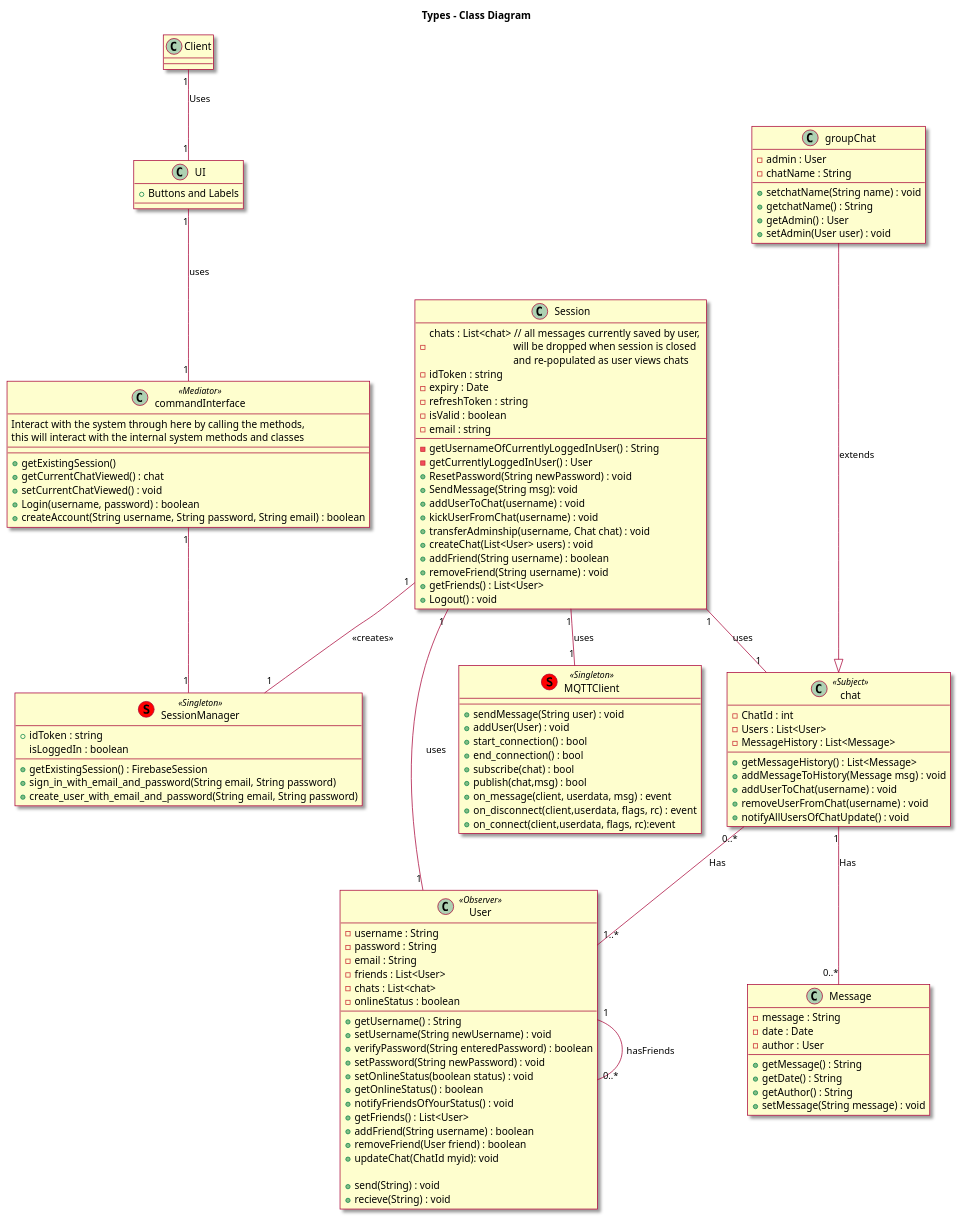
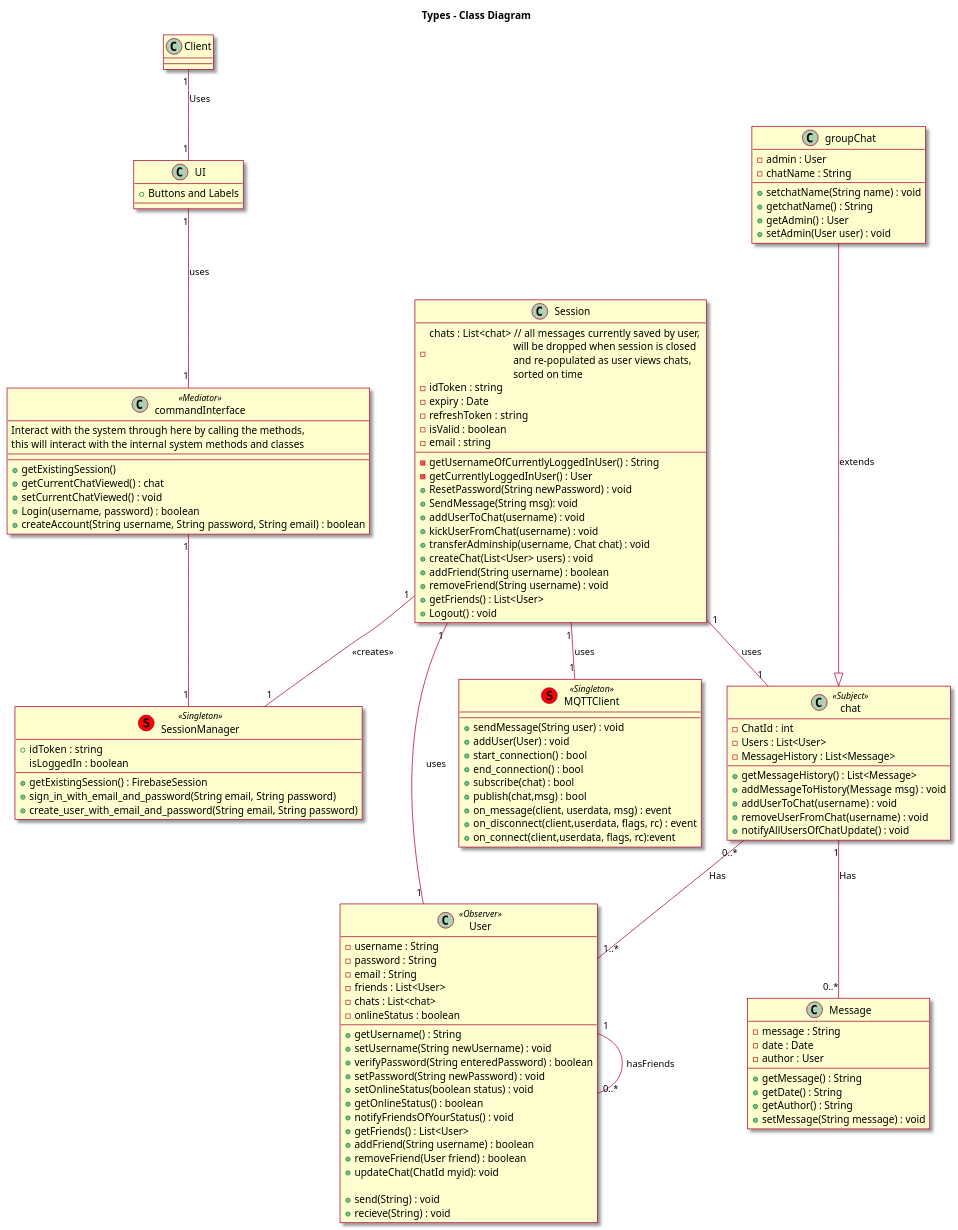
The diagram in diagrams/class_diagram.wsd (UBCO-COSC-310-Winter-2022-T2/the-project-marbl), drawn with PlantUML before and after one commit.

Commit message:
going to try to keep the chats sorted by timestamp to resolve issue when you can recieve a new  message while downloading all the old messsages

```diff
--- a/diagrams/class_diagram.wsd
+++ b/diagrams/class_diagram.wsd
@@ -1,140 +1,140 @@
 @startuml
 
 skin rose
 
 title Types - Class Diagram
 
 
 skinparam componentStyle uml2
 class Client{}
 Client "1"--"1" UI: Uses
 
 class Message{
     - message : String
     - date : Date
     - author : User
     +getMessage() : String
     +getDate() : String
     +getAuthor() : String
     +setMessage(String message) : void
 }
 
 class User <<Observer>> {
     -username : String
     -password : String
     -email : String
     -friends : List<User>
     -chats : List<chat>
     -onlineStatus : boolean
 
     +getUsername() : String
     +setUsername(String newUsername) : void
     +verifyPassword(String enteredPassword) : boolean
     +setPassword(String newPassword) : void
     +setOnlineStatus(boolean status) : void
     +getOnlineStatus() : boolean
     +notifyFriendsOfYourStatus() : void
     +getFriends() : List<User>
     +addFriend(String username) : boolean
     +removeFriend(User friend) : boolean
     +updateChat(ChatId myid): void
 
     +send(String) : void
     +recieve(String) : void
 }
 
 User "1"--"0..*" User : hasFriends
 
 Class MQTTClient <<(S,red) Singleton>> {
     +sendMessage(String user) : void
     +addUser(User) : void
     +start_connection() : bool
     +end_connection() : bool
     +subscribe(chat) : bool
     +publish(chat,msg) : bool
     +on_message(client, userdata, msg) : event
     +on_disconnect(client,userdata, flags, rc)  : event
     +on_connect(client,userdata, flags, rc):event
 }
 
 
 Class groupChat {
     -admin : User
     -chatName : String
     +setchatName(String name) : void
     +getchatName() : String
     +getAdmin() : User
     +setAdmin(User user) : void
 }
 
 Class chat <<Subject>> {
     -ChatId : int
     -Users : List<User>
     -MessageHistory : List<Message>
     +getMessageHistory() : List<Message>
     +addMessageToHistory(Message msg) : void
     +addUserToChat(username) : void
     +removeUserFromChat(username) : void
     +notifyAllUsersOfChatUpdate() : void
 }
 
 chat "0..*" -- "1..*" User : Has
 
 chat "1" -- "0..*" Message : Has
 
 groupChat---|> chat : extends
 
 class commandInterface <<Mediator>> {
     Interact with the system through here by calling the methods,
     this will interact with the internal system methods and classes
     --
     --
     +getExistingSession()
     +getCurrentChatViewed() : chat
     +setCurrentChatViewed() : void
     +Login(username, password) : boolean
     +createAccount(String username, String password, String email) : boolean
 }
 
 Session "1" -- "1" User : uses
 Session "1" -- "1" chat: uses
 
 class UI {
     +Buttons and Labels
 }
 
 class Session{
-    -chats : List<chat> // all messages currently saved by user, \n\t\t\t\twill be dropped when session is closed\n\t\t\t\tand re-populated as user views chats
+    -chats : List<chat> // all messages currently saved by user, \n\t\t\t\twill be dropped when session is closed\n\t\t\t\tand re-populated as user views chats, \n\t\t\t\tsorted on time
     -idToken : string
     -expiry : Date
     -refreshToken : string
     -isValid : boolean
     -email : string
     -getUsernameOfCurrentlyLoggedInUser() : String
     -getCurrentlyLoggedInUser() : User
     +ResetPassword(String newPassword) : void
     +SendMessage(String msg): void
     +addUserToChat(username) : void
     +kickUserFromChat(username) : void
     +transferAdminship(username, Chat chat) : void
     +createChat(List<User> users) : void
     +addFriend(String username) : boolean
     +removeFriend(String username) : void
     +getFriends() : List<User>
     +Logout() : void
 }
 
 class SessionManager <<(S,red) Singleton>>{
     +idToken : string
     isLoggedIn : boolean
     +getExistingSession() : FirebaseSession
     +sign_in_with_email_and_password(String email, String password)
     +create_user_with_email_and_password(String email, String password)
 }
 
 Session "1" -- "1" MQTTClient : uses
 Session "1" -- "1" SessionManager : <<creates>>
 UI "1" -- "1" commandInterface : uses
 commandInterface "1" -- "1" SessionManager
 
 @enduml
```
